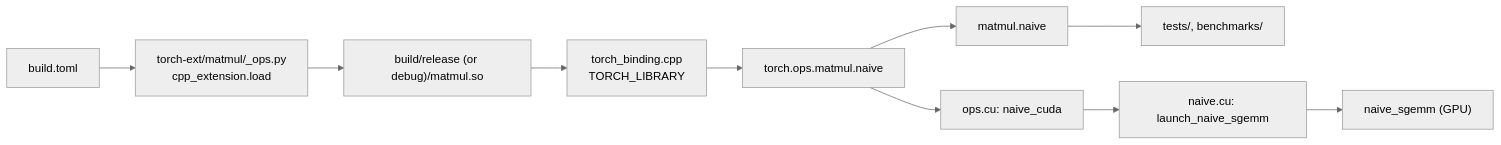
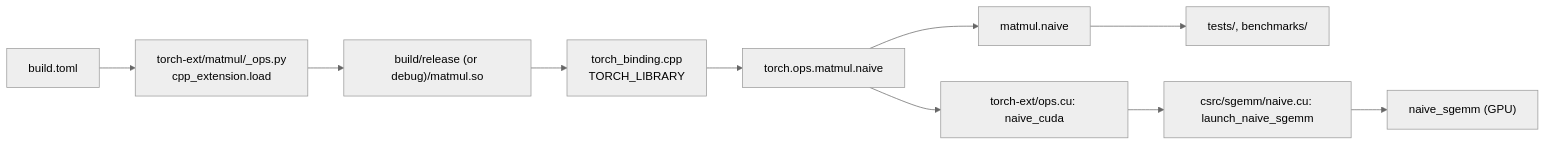
Before and after one commit to knotgrass/SuperCuda: the diagram in README.md, drawn with Mermaid (neutral theme). The commit also changed other lines of this file and 10 other files, not shown here.

First line of the commit message:
csrc: move the kernel sources from matmul_cuda/ to csrc/sgemm/

````diff
--- a/README.md
+++ b/README.md
@@ -41,12 +44,12 @@
 ```mermaid
 flowchart LR
     T[build.toml] --> O["torch-ext/matmul/_ops.py<br/>cpp_extension.load"]
     O --> S["build/release (or debug)/matmul.so"]
     S --> R["torch_binding.cpp<br/>TORCH_LIBRARY"]
     R --> N[torch.ops.matmul.naive]
     N --> W[matmul.naive]
     W --> X[tests/, benchmarks/]
-    N --> P["ops.cu: naive_cuda"]
-    P --> L["naive.cu: launch_naive_sgemm"]
+    N --> P["torch-ext/ops.cu: naive_cuda"]
+    P --> L["csrc/sgemm/naive.cu: launch_naive_sgemm"]
     L --> K["naive_sgemm (GPU)"]
 ```
````
